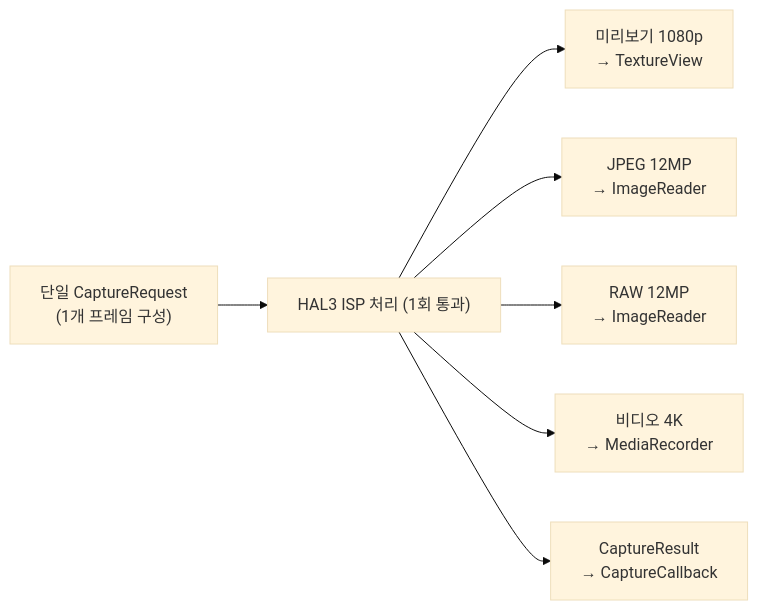
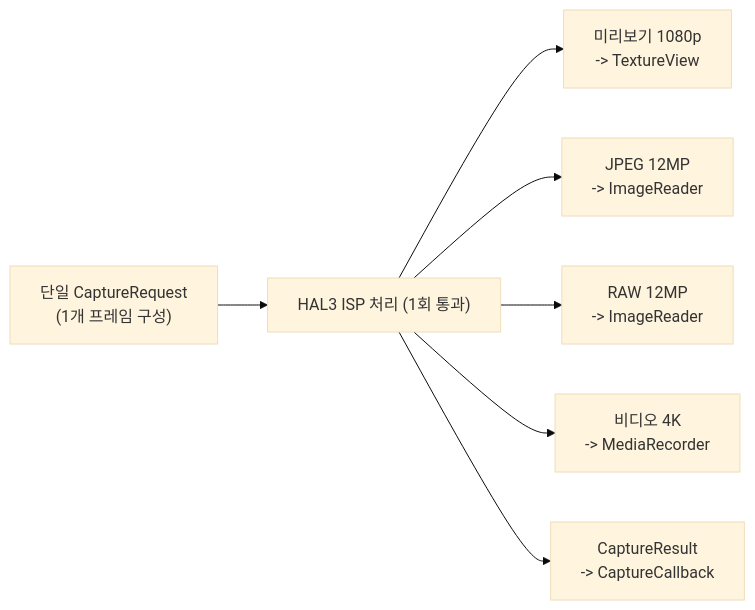
One commit to zoozooll/AndroidCameraParameters changed the third of 4 diagrams in website/i18n/ko/docusaurus-plugin-content-docs/current/camera2/the-camera2-pipeline.md. Above: the diagram before and after it, drawn with Mermaid (base theme). The commit also changed 77 other files, not shown here.

First line of the commit message:
docs: standardize Mermaid syntax and polish 3A pipeline translations

````diff
--- a/website/i18n/ko/docusaurus-plugin-content-docs/current/camera2/the-camera2-pipeline.md
+++ b/website/i18n/ko/docusaurus-plugin-content-docs/current/camera2/the-camera2-pipeline.md
@@ -359,17 +359,17 @@
 ```mermaid
 flowchart LR
     R["단일 CaptureRequest<br/>(1개 프레임 구성)"]
     HAL["HAL3 ISP 처리 (1회 통과)"]
-    S1["미리보기 1080p<br/>→ TextureView"]
-    S2["JPEG 12MP<br/>→ ImageReader"]
-    S3["RAW 12MP<br/>→ ImageReader"]
-    S4["비디오 4K<br/>→ MediaRecorder"]
-    RESULT["CaptureResult<br/>→ CaptureCallback"]
+    S1["미리보기 1080p<br/>-> TextureView"]
+    S2["JPEG 12MP<br/>-> ImageReader"]
+    S3["RAW 12MP<br/>-> ImageReader"]
+    S4["비디오 4K<br/>-> MediaRecorder"]
+    RESULT["CaptureResult<br/>-> CaptureCallback"]
 
     R --> HAL
     HAL --> S1
     HAL --> S2
     HAL --> S3
     HAL --> S4
     HAL --> RESULT
 ```
````
